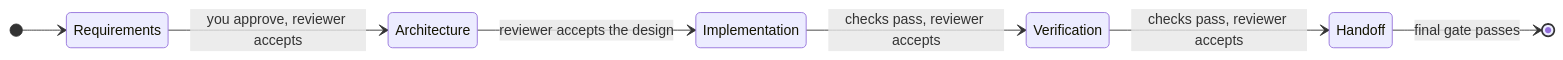
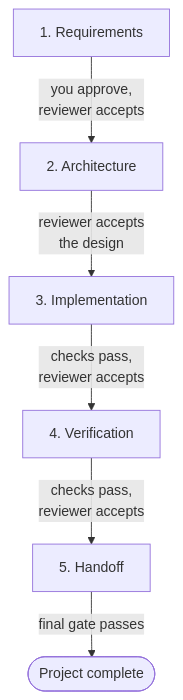
One commit to vallabh2504/Matlab-Simulink-harness changed the first of 2 diagrams in README.md. Above: the diagram before and after it, drawn with Mermaid.

Commit message:
README: draw the checkpoint diagram top to bottom

````diff
--- a/README.md
+++ b/README.md
@@ -53,10 +53,8 @@
 ```mermaid
-stateDiagram-v2
-    direction LR
-    [*] --> Requirements
-    Requirements --> Architecture: you approve, reviewer accepts
-    Architecture --> Implementation: reviewer accepts the design
-    Implementation --> Verification: checks pass, reviewer accepts
-    Verification --> Handoff: checks pass, reviewer accepts
-    Handoff --> [*]: final gate passes
+flowchart TD
+    req["1. Requirements"] -- "you approve,<br/>reviewer accepts" --> arch["2. Architecture"]
+    arch -- "reviewer accepts<br/>the design" --> impl["3. Implementation"]
+    impl -- "checks pass,<br/>reviewer accepts" --> ver["4. Verification"]
+    ver -- "checks pass,<br/>reviewer accepts" --> hand["5. Handoff"]
+    hand -- "final gate passes" --> done(["Project complete"])
 ```
````
